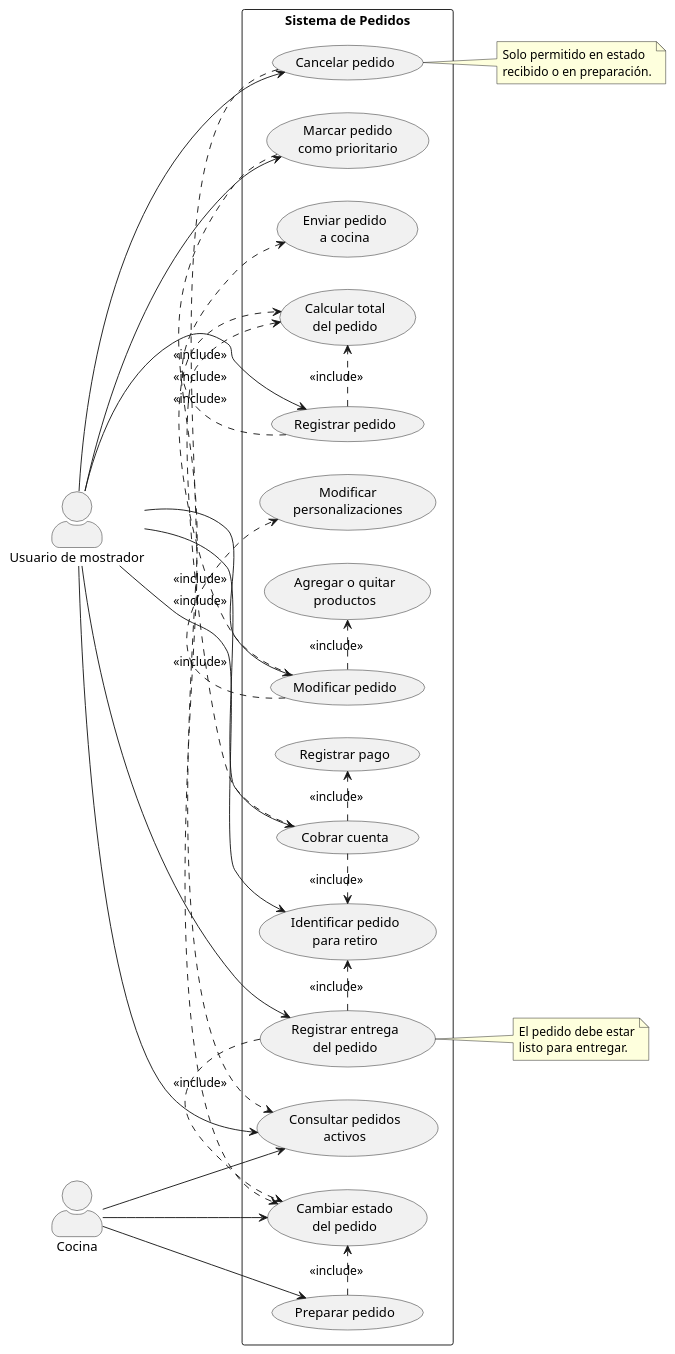
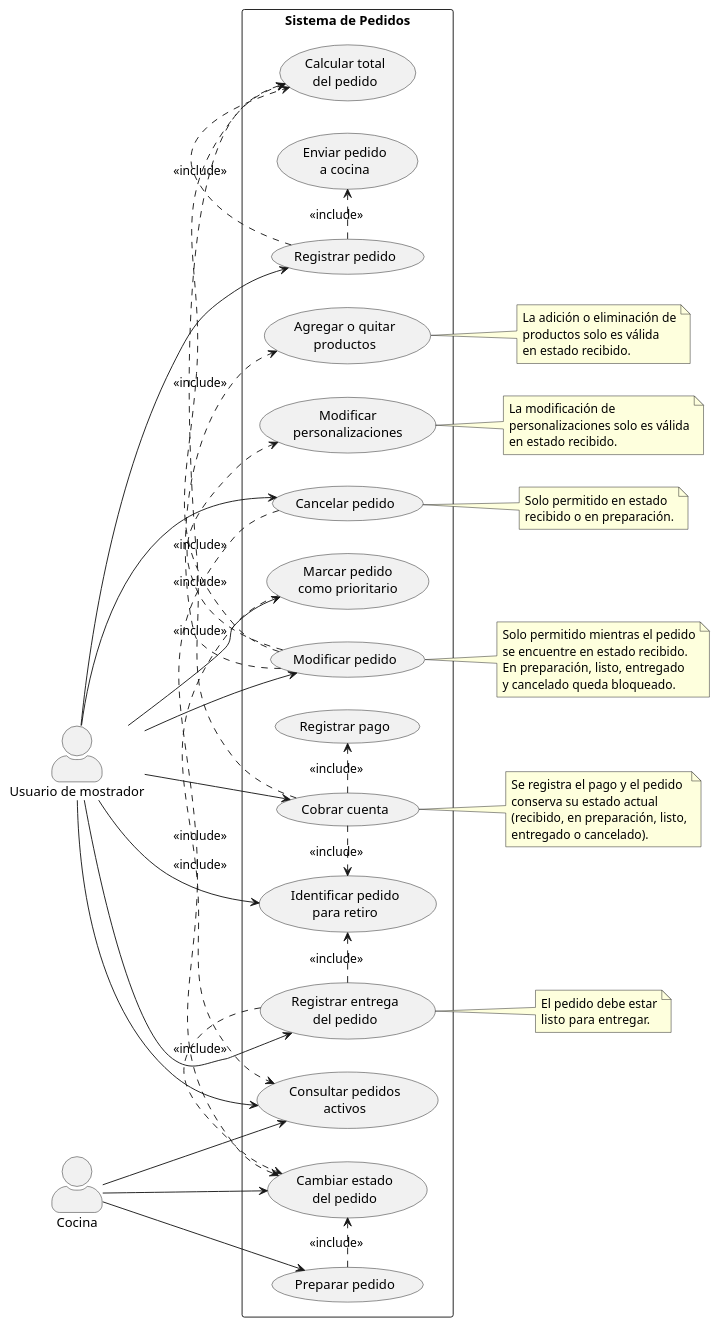
One commit to cmariano93-netizen/SistemaPedidos changed the diagram in diagramas/02-casos-de-uso/02-diagrama-casos-uso.puml. Above: the diagram before and after it, drawn with PlantUML.

Commit message:
Corregido y actualizado 02-diagrama-casos-uso.puml

```diff
--- a/diagramas/02-casos-de-uso/02-diagrama-casos-uso.puml
+++ b/diagramas/02-casos-de-uso/02-diagrama-casos-uso.puml
@@ -1,67 +1,93 @@
 @startuml
 left to right direction
 skinparam packageStyle rectangle
 skinparam shadowing false
 skinparam actorStyle awesome
 
 actor "Usuario de mostrador" as Mostrador
 actor "Cocina" as Cocina
 
 rectangle "Sistema de Pedidos" {
   usecase "Registrar pedido" as UC_Registrar
   usecase "Modificar pedido" as UC_Modificar
   usecase "Agregar o quitar\nproductos" as UC_Productos
   usecase "Modificar\npersonalizaciones" as UC_Personalizaciones
   usecase "Calcular total\ndel pedido" as UC_Total
   usecase "Enviar pedido\na cocina" as UC_EnviarCocina
 
   usecase "Consultar pedidos\nactivos" as UC_Consultar
   usecase "Cambiar estado\ndel pedido" as UC_Estado
   usecase "Cancelar pedido" as UC_Cancelar
   usecase "Marcar pedido\ncomo prioritario" as UC_Priorizar
 
   usecase "Identificar pedido\npara retiro" as UC_Identificar
   usecase "Registrar entrega\ndel pedido" as UC_Entrega
   usecase "Cobrar cuenta" as UC_Cobrar
   usecase "Registrar pago" as UC_Pago
   usecase "Preparar pedido" as UC_Preparar
 }
 
 Mostrador --> UC_Registrar
 Mostrador --> UC_Modificar
 Mostrador --> UC_Consultar
 Mostrador --> UC_Cancelar
 Mostrador --> UC_Priorizar
 Mostrador --> UC_Identificar
 Mostrador --> UC_Entrega
 Mostrador --> UC_Cobrar
 
 Cocina --> UC_Preparar
 Cocina --> UC_Estado
 Cocina --> UC_Consultar
 
 UC_Registrar .> UC_Total : <<include>>
 UC_Registrar .> UC_EnviarCocina : <<include>>
 UC_Modificar .> UC_Productos : <<include>>
 UC_Modificar .> UC_Personalizaciones : <<include>>
 UC_Modificar .> UC_Total : <<include>>
 UC_Cobrar .> UC_Identificar : <<include>>
 UC_Cobrar .> UC_Total : <<include>>
 UC_Cobrar .> UC_Pago : <<include>>
 UC_Entrega .> UC_Identificar : <<include>>
 UC_Preparar .> UC_Estado : <<include>>
 UC_Entrega .> UC_Estado : <<include>>
 UC_Cancelar .> UC_Estado : <<include>>
 UC_Priorizar .> UC_Consultar : <<include>>
 
+note right of UC_Modificar
+  Solo permitido mientras el pedido
+  se encuentre en estado recibido.
+  En preparación, listo, entregado
+  y cancelado queda bloqueado.
+end note
+
+note right of UC_Productos
+  La adición o eliminación de
+  productos solo es válida
+  en estado recibido.
+end note
+
+note right of UC_Personalizaciones
+  La modificación de
+  personalizaciones solo es válida
+  en estado recibido.
+end note
+
 note right of UC_Cancelar
   Solo permitido en estado
   recibido o en preparación.
 end note
 
 note right of UC_Entrega
   El pedido debe estar
   listo para entregar.
 end note
 
+note right of UC_Cobrar
+  Se registra el pago y el pedido
+  conserva su estado actual
+  (recibido, en preparación, listo,
+  entregado o cancelado).
+end note
+
 @enduml
```
